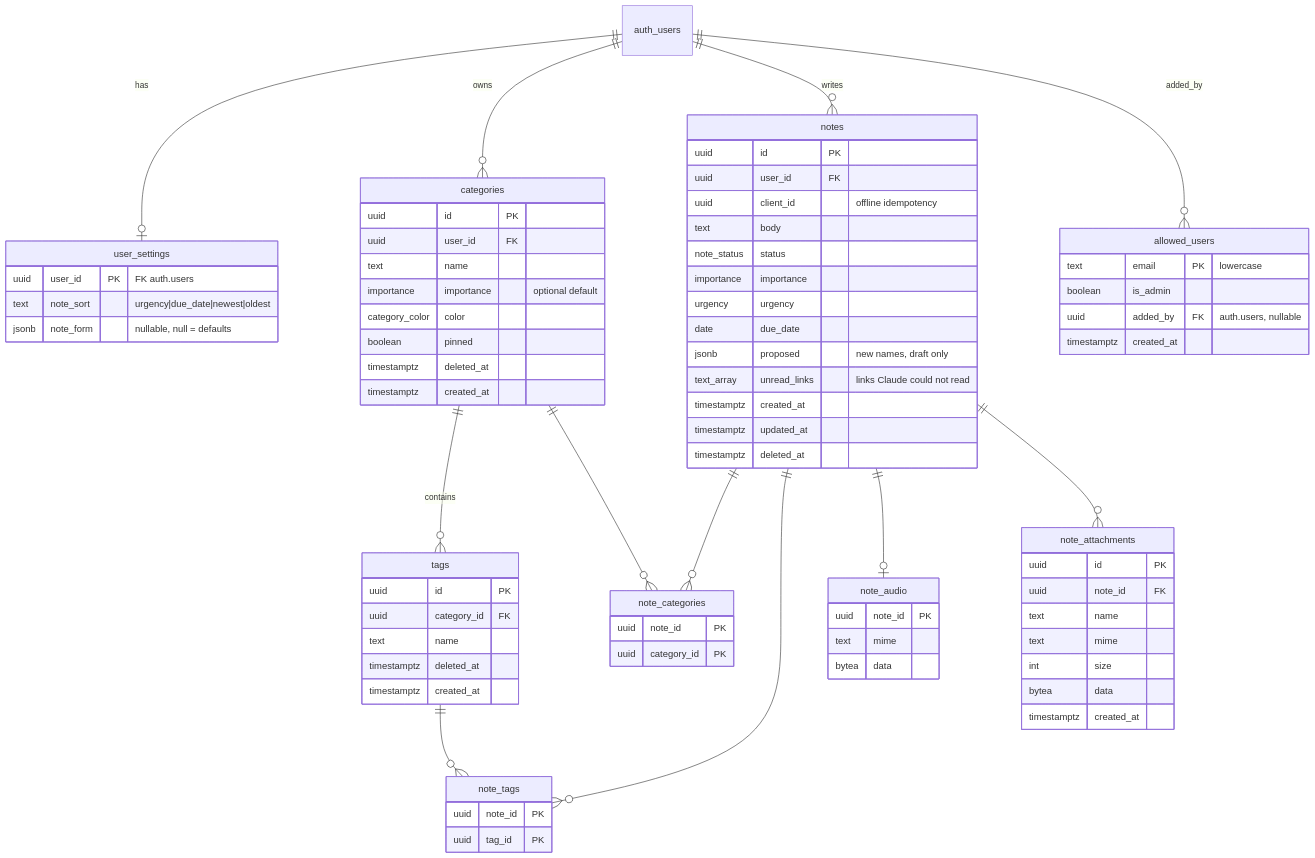
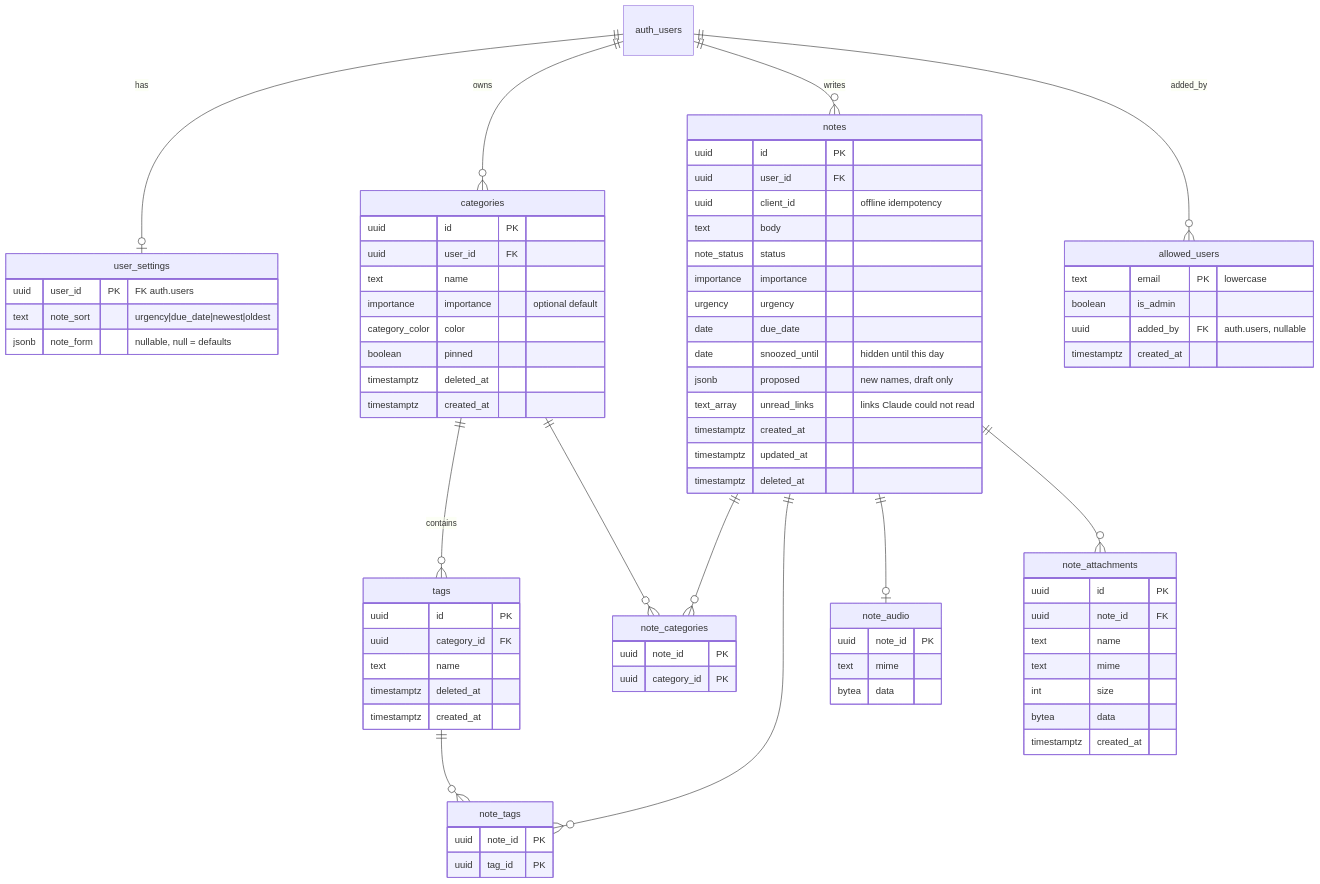
Before and after one commit to droruri/notes-organizer: the diagram in docs/plan.md, drawn with Mermaid. The commit also changed other lines of this file and 43 other files, not shown here.

````diff
--- a/docs/plan.md
+++ b/docs/plan.md
@@ -131,23 +131,23 @@
 ```mermaid
 erDiagram
   auth_users ||--o| user_settings : has
   auth_users ||--o{ categories : owns
   categories ||--o{ tags : contains
   auth_users ||--o{ notes : writes
   notes ||--o{ note_categories : ""
   categories ||--o{ note_categories : ""
   notes ||--o{ note_tags : ""
   tags ||--o{ note_tags : ""
   notes ||--o| note_audio : ""
   notes ||--o{ note_attachments : ""
   auth_users ||--o{ allowed_users : "added_by"
   user_settings { uuid user_id PK "FK auth.users" text note_sort "urgency|due_date|newest|oldest" jsonb note_form "nullable, null = defaults" }
   categories { uuid id PK uuid user_id FK text name importance importance "optional default" category_color color boolean pinned timestamptz deleted_at timestamptz created_at }
   tags { uuid id PK uuid category_id FK text name timestamptz deleted_at timestamptz created_at }
-  notes { uuid id PK uuid user_id FK uuid client_id "offline idempotency" text body note_status status importance importance urgency urgency date due_date jsonb proposed "new names, draft only" text_array unread_links "links Claude could not read" timestamptz created_at timestamptz updated_at timestamptz deleted_at }
+  notes { uuid id PK uuid user_id FK uuid client_id "offline idempotency" text body note_status status importance importance urgency urgency date due_date date snoozed_until "hidden until this day" jsonb proposed "new names, draft only" text_array unread_links "links Claude could not read" timestamptz created_at timestamptz updated_at timestamptz deleted_at }
   note_categories { uuid note_id PK uuid category_id PK }
   note_tags { uuid note_id PK uuid tag_id PK }
   note_audio { uuid note_id PK text mime bytea data }
   note_attachments { uuid id PK uuid note_id FK text name text mime int size bytea data timestamptz created_at }
   allowed_users { text email PK "lowercase" boolean is_admin uuid added_by FK "auth.users, nullable" timestamptz created_at }
 ```
````
